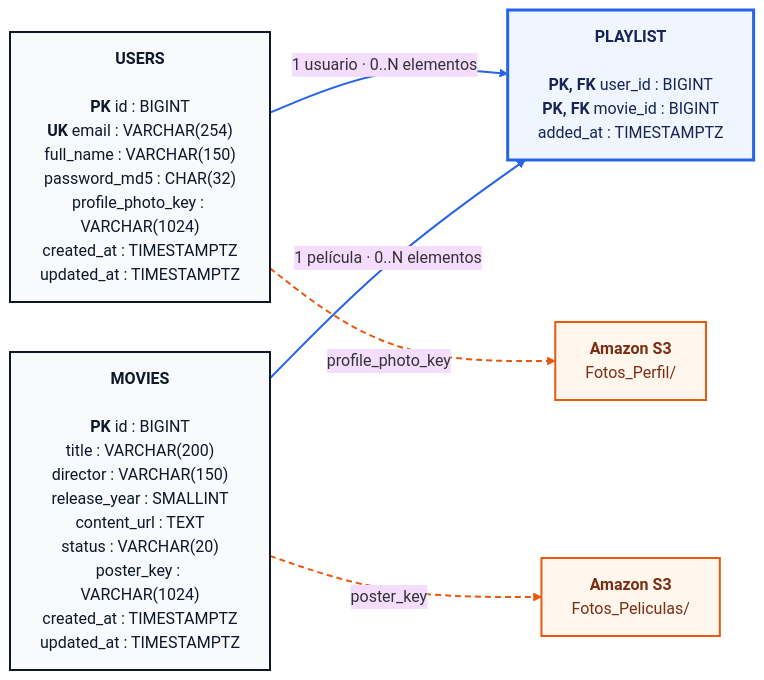
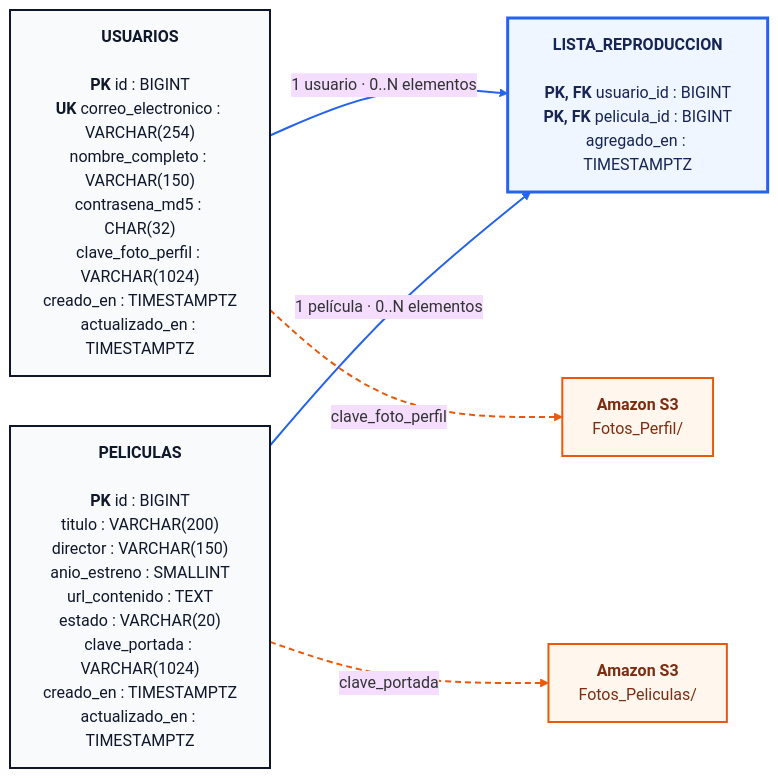
One commit to ipatzantzic19/SEMINARIO1_A_2S2026_G15 changed the diagram in Practica_1/docs/DIAGRAMA_ER.mmd. Above: the diagram before and after it, drawn with Mermaid (base theme). The commit also changed other lines of this file and 11 other files, not shown here.

```diff
--- a/Practica_1/docs/DIAGRAMA_ER.mmd
+++ b/Practica_1/docs/DIAGRAMA_ER.mmd
@@ -1,25 +1,25 @@
 flowchart LR
-    USERS["<b>USERS</b><br/><br/><b>PK</b> id : BIGINT<br/><b>UK</b> email : VARCHAR(254)<br/>full_name : VARCHAR(150)<br/>password_md5 : CHAR(32)<br/>profile_photo_key : VARCHAR(1024)<br/>created_at : TIMESTAMPTZ<br/>updated_at : TIMESTAMPTZ"]
+    USUARIOS["<b>USUARIOS</b><br/><br/><b>PK</b> id : BIGINT<br/><b>UK</b> correo_electronico : VARCHAR(254)<br/>nombre_completo : VARCHAR(150)<br/>contrasena_md5 : CHAR(32)<br/>clave_foto_perfil : VARCHAR(1024)<br/>creado_en : TIMESTAMPTZ<br/>actualizado_en : TIMESTAMPTZ"]
 
-    PLAYLIST["<b>PLAYLIST</b><br/><br/><b>PK, FK</b> user_id : BIGINT<br/><b>PK, FK</b> movie_id : BIGINT<br/>added_at : TIMESTAMPTZ"]
+    LISTA_REPRODUCCION["<b>LISTA_REPRODUCCION</b><br/><br/><b>PK, FK</b> usuario_id : BIGINT<br/><b>PK, FK</b> pelicula_id : BIGINT<br/>agregado_en : TIMESTAMPTZ"]
 
-    MOVIES["<b>MOVIES</b><br/><br/><b>PK</b> id : BIGINT<br/>title : VARCHAR(200)<br/>director : VARCHAR(150)<br/>release_year : SMALLINT<br/>content_url : TEXT<br/>status : VARCHAR(20)<br/>poster_key : VARCHAR(1024)<br/>created_at : TIMESTAMPTZ<br/>updated_at : TIMESTAMPTZ"]
+    PELICULAS["<b>PELICULAS</b><br/><br/><b>PK</b> id : BIGINT<br/>titulo : VARCHAR(200)<br/>director : VARCHAR(150)<br/>anio_estreno : SMALLINT<br/>url_contenido : TEXT<br/>estado : VARCHAR(20)<br/>clave_portada : VARCHAR(1024)<br/>creado_en : TIMESTAMPTZ<br/>actualizado_en : TIMESTAMPTZ"]
 
-    PROFILE_S3["<b>Amazon S3</b><br/>Fotos_Perfil/"]
-    POSTER_S3["<b>Amazon S3</b><br/>Fotos_Peliculas/"]
+    FOTOS_PERFIL_S3["<b>Amazon S3</b><br/>Fotos_Perfil/"]
+    PORTADAS_S3["<b>Amazon S3</b><br/>Fotos_Peliculas/"]
 
-    USERS -->|"1 usuario · 0..N elementos"| PLAYLIST
-    MOVIES -->|"1 película · 0..N elementos"| PLAYLIST
-    USERS -. "profile_photo_key" .-> PROFILE_S3
-    MOVIES -. "poster_key" .-> POSTER_S3
+    USUARIOS -->|"1 usuario · 0..N elementos"| LISTA_REPRODUCCION
+    PELICULAS -->|"1 película · 0..N elementos"| LISTA_REPRODUCCION
+    USUARIOS -. "clave_foto_perfil" .-> FOTOS_PERFIL_S3
+    PELICULAS -. "clave_portada" .-> PORTADAS_S3
 
-    classDef entity fill:#F8FAFC,stroke:#0F172A,stroke-width:2px,color:#0F172A;
-    classDef junction fill:#EFF6FF,stroke:#2563EB,stroke-width:3px,color:#172554;
-    classDef storage fill:#FFF7ED,stroke:#EA580C,stroke-width:2px,color:#7C2D12;
+    classDef entidad fill:#F8FAFC,stroke:#0F172A,stroke-width:2px,color:#0F172A;
+    classDef union fill:#EFF6FF,stroke:#2563EB,stroke-width:3px,color:#172554;
+    classDef almacenamiento fill:#FFF7ED,stroke:#EA580C,stroke-width:2px,color:#7C2D12;
 
-    class USERS,MOVIES entity;
-    class PLAYLIST junction;
-    class PROFILE_S3,POSTER_S3 storage;
+    class USUARIOS,PELICULAS entidad;
+    class LISTA_REPRODUCCION union;
+    class FOTOS_PERFIL_S3,PORTADAS_S3 almacenamiento;
 
     linkStyle 0,1 stroke:#2563EB,stroke-width:2px;
     linkStyle 2,3 stroke:#EA580C,stroke-width:2px,stroke-dasharray:6 4;
```
